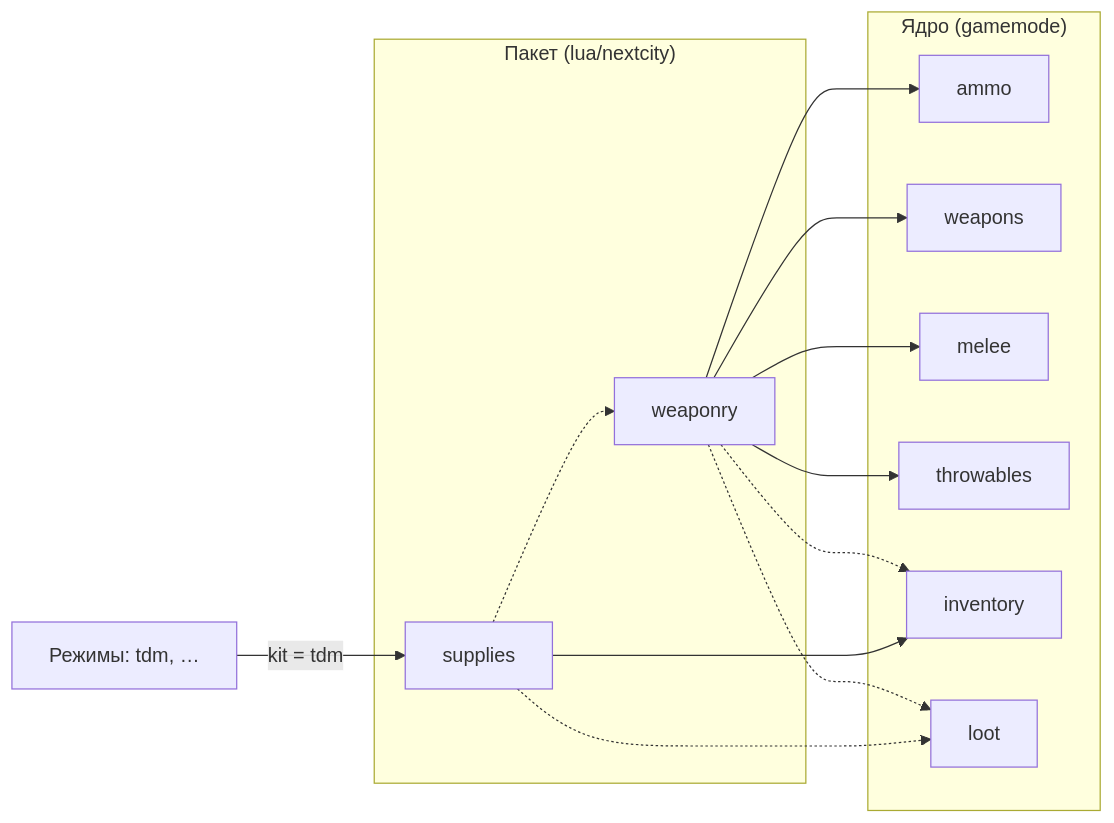
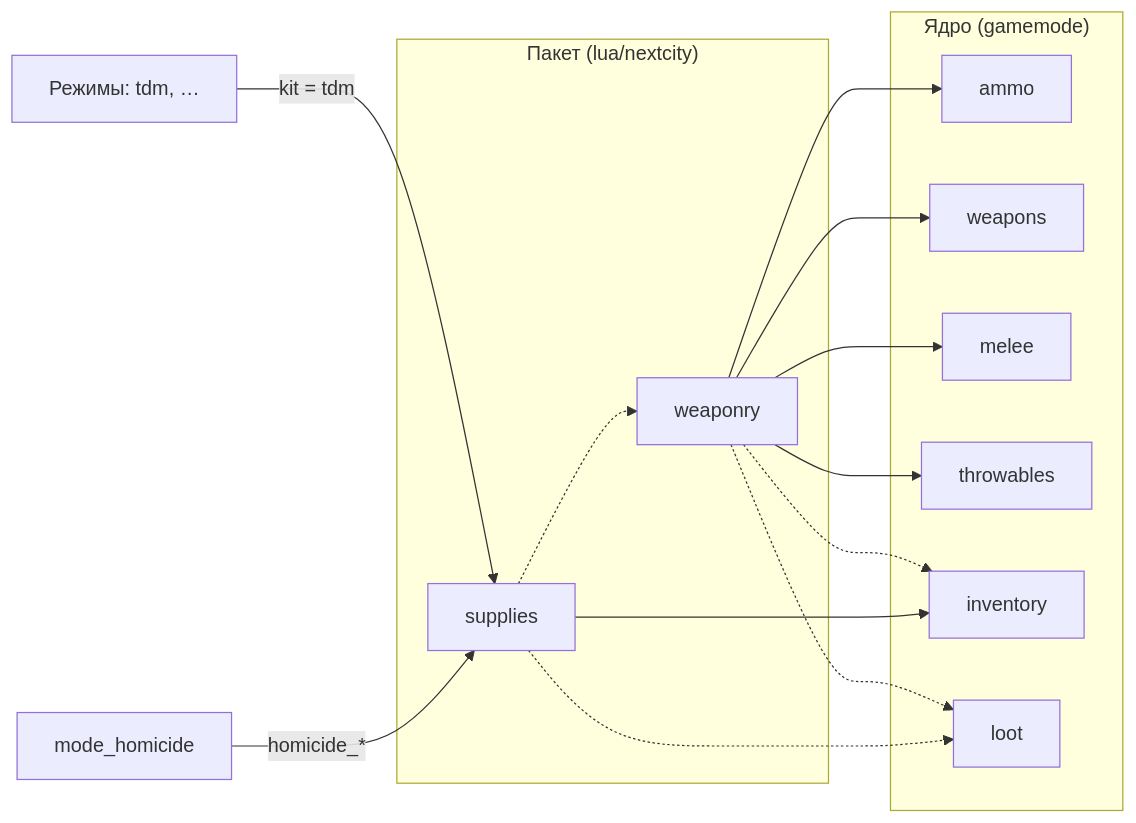
Before and after one commit to vovawees/Next-City: the diagram in lua/nextcity/README.md, drawn with Mermaid. The commit also changed other lines of this file and 22 other files, not shown here.

First line of the commit message:
feat(mode_homicide): Homicide with murderer, sheriff, aliases and variants

````diff
--- a/lua/nextcity/README.md
+++ b/lua/nextcity/README.md
@@ -18,13 +20,14 @@
 ```mermaid
 flowchart LR
 	subgraph core["Ядро (gamemode)"]
 		A[ammo] & W[weapons] & M[melee] & T[throwables] & I[inventory] & L[loot]
 	end
 	subgraph pack["Пакет (lua/nextcity)"]
 		WY[weaponry] --> A & W & M & T
 		WY -.-> I & L
 		S[supplies] --> I
 		S -.-> L & WY
 	end
 	R["Режимы: tdm, …"] -- "kit = tdm" --> S
+	H[mode_homicide] -- "homicide_*" --> S
 ```
````
